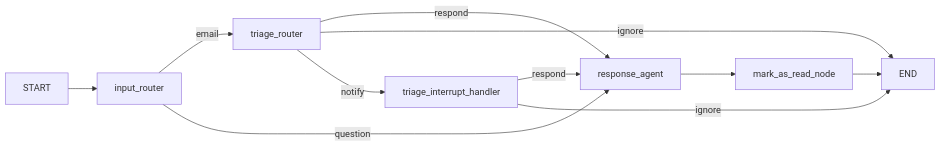
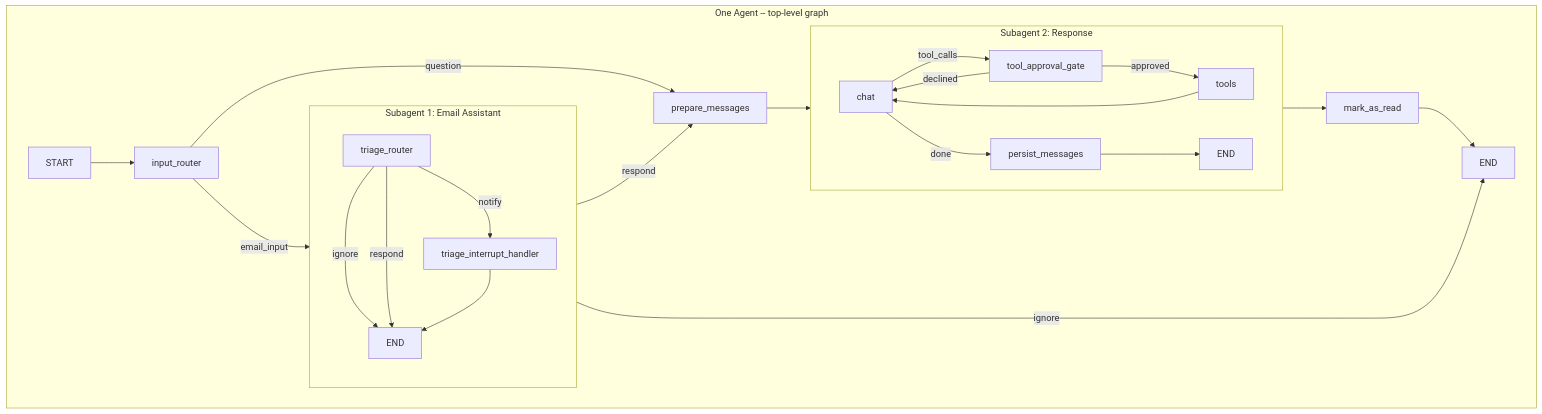
One commit to Nagdy8888/email_assist_draft changed the second of 3 diagrams in .cursor/plans/email_agent_phased_implementation_d99ca526.plan.md. Above: the diagram before and after it, drawn with Mermaid. The commit also changed other lines of this file and 23 other files, not shown here.

First line of the commit message:
Enhance email assistant architecture and functionality for Phase 6/7

````diff
--- a/.cursor/plans/email_agent_phased_implementation_d99ca526.plan.md
+++ b/.cursor/plans/email_agent_phased_implementation_d99ca526.plan.md
@@ -40,13 +49,27 @@
 ```mermaid
-flowchart LR
-  START --> input_router
-  input_router -->|email| triage_router
-  input_router -->|question| response_agent
-  triage_router -->|respond| response_agent
-  triage_router -->|ignore| END
-  triage_router -->|notify| triage_interrupt_handler
-  triage_interrupt_handler -->|respond| response_agent
-  triage_interrupt_handler -->|ignore| END
-  response_agent --> mark_as_read_node
-  mark_as_read_node --> END
+flowchart TB
+    subgraph agent [One Agent -- top-level graph]
+        startNode[START] --> input_router
+        input_router -->|email_input| email_assistant_sub
+        input_router -->|question| prepare_messages
+        email_assistant_sub -->|respond| prepare_messages
+        email_assistant_sub -->|ignore| endNode[END]
+        prepare_messages --> response_sub
+        response_sub --> mark_as_read
+        mark_as_read --> endNode
+    end
+    subgraph email_assistant_sub [Subagent 1: Email Assistant]
+        triage_router -->|ignore| eEnd[END]
+        triage_router -->|notify| triage_interrupt_handler
+        triage_router -->|respond| eEnd
+        triage_interrupt_handler --> eEnd
+    end
+    subgraph response_sub [Subagent 2: Response]
+        chat -->|tool_calls| tool_approval_gate
+        tool_approval_gate -->|approved| tools
+        tool_approval_gate -->|declined| chat
+        chat -->|done| persist_messages
+        tools --> chat
+        persist_messages --> rEnd[END]
+    end
 ```
````
